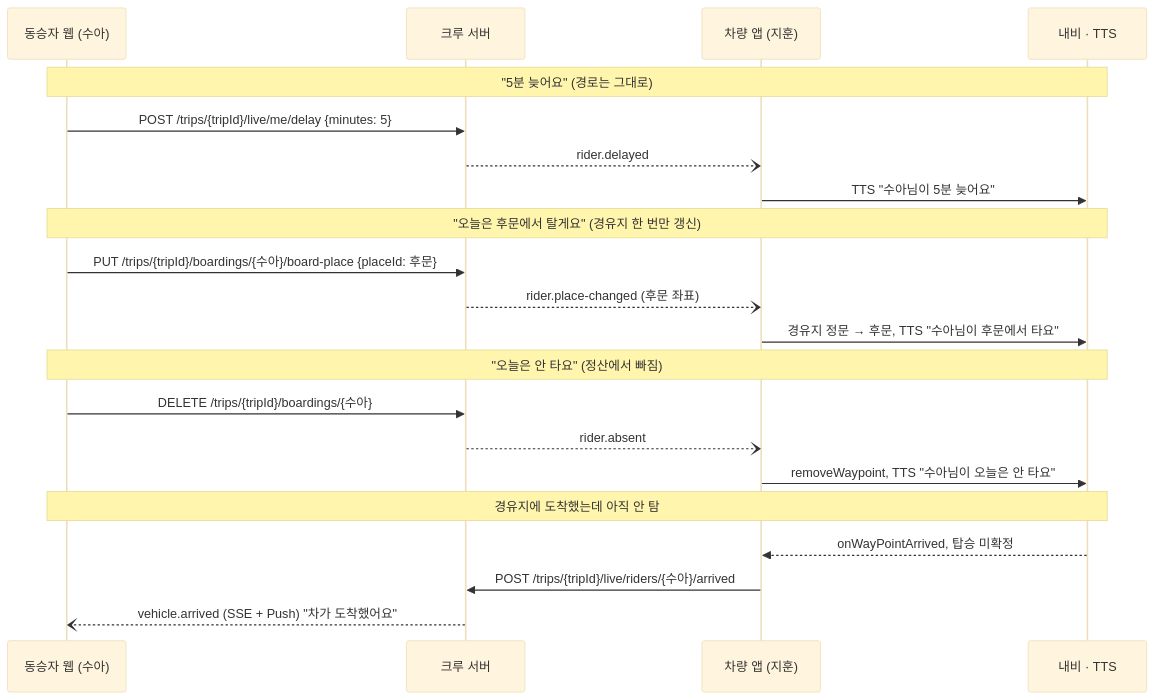
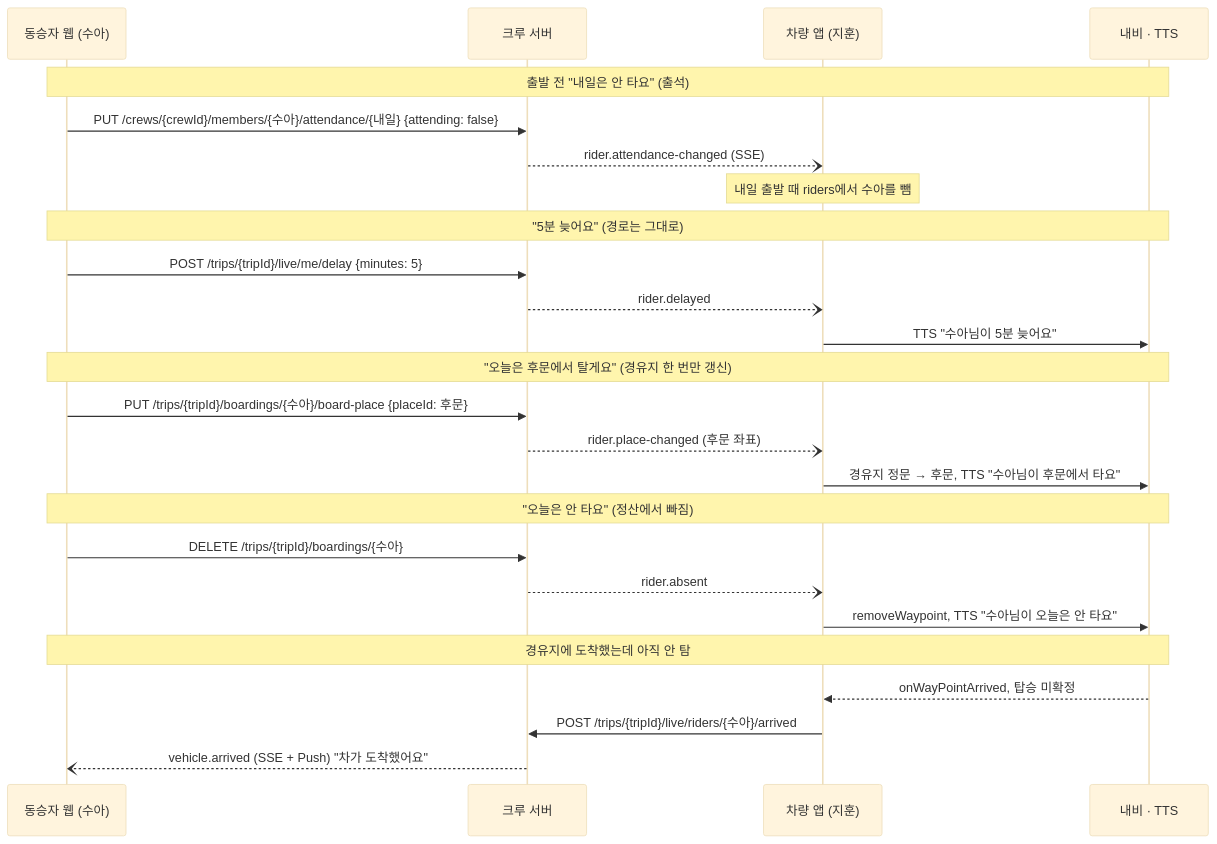
The sixth of 8 diagrams in docs/sequences.md (hyundai-full-accel/paircar-server), drawn with Mermaid (base theme) before and after one commit. The commit also changed other lines of this file and 29 other files, not shown here.

````diff
--- a/docs/sequences.md
+++ b/docs/sequences.md
@@ -189,27 +193,32 @@
 ```mermaid
 sequenceDiagram
     participant W as 동승자 웹 (수아)
     participant S as 크루 서버
     participant C as 차량 앱 (지훈)
     participant V as 내비 · TTS
+
+    Note over W,V: 출발 전 "내일은 안 타요" (출석)
+    W->>S: PUT /crews/{crewId}/members/{수아}/attendance/{내일} {attending: false}
+    S--)C: rider.attendance-changed (SSE)
+    Note over C: 내일 출발 때 riders에서 수아를 뺌
 
     Note over W,V: "5분 늦어요" (경로는 그대로)
     W->>S: POST /trips/{tripId}/live/me/delay {minutes: 5}
     S--)C: rider.delayed
     C->>V: TTS "수아님이 5분 늦어요"
 
     Note over W,V: "오늘은 후문에서 탈게요" (경유지 한 번만 갱신)
     W->>S: PUT /trips/{tripId}/boardings/{수아}/board-place {placeId: 후문}
     S--)C: rider.place-changed (후문 좌표)
     C->>V: 경유지 정문 → 후문, TTS "수아님이 후문에서 타요"
 
     Note over W,V: "오늘은 안 타요" (정산에서 빠짐)
     W->>S: DELETE /trips/{tripId}/boardings/{수아}
     S--)C: rider.absent
     C->>V: removeWaypoint, TTS "수아님이 오늘은 안 타요"
 
     Note over W,V: 경유지에 도착했는데 아직 안 탐
     V-->>C: onWayPointArrived, 탑승 미확정
     C->>S: POST /trips/{tripId}/live/riders/{수아}/arrived
     S--)W: vehicle.arrived (SSE + Push) "차가 도착했어요"
 ```
````
